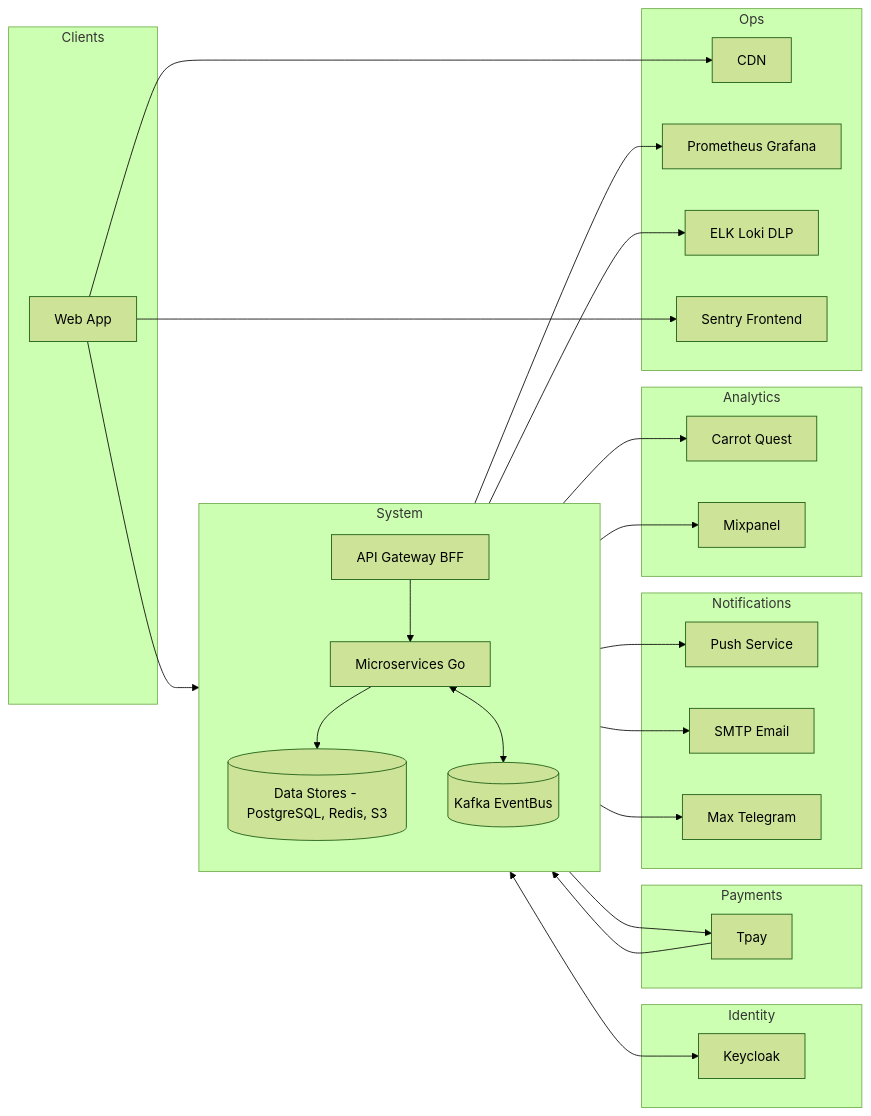
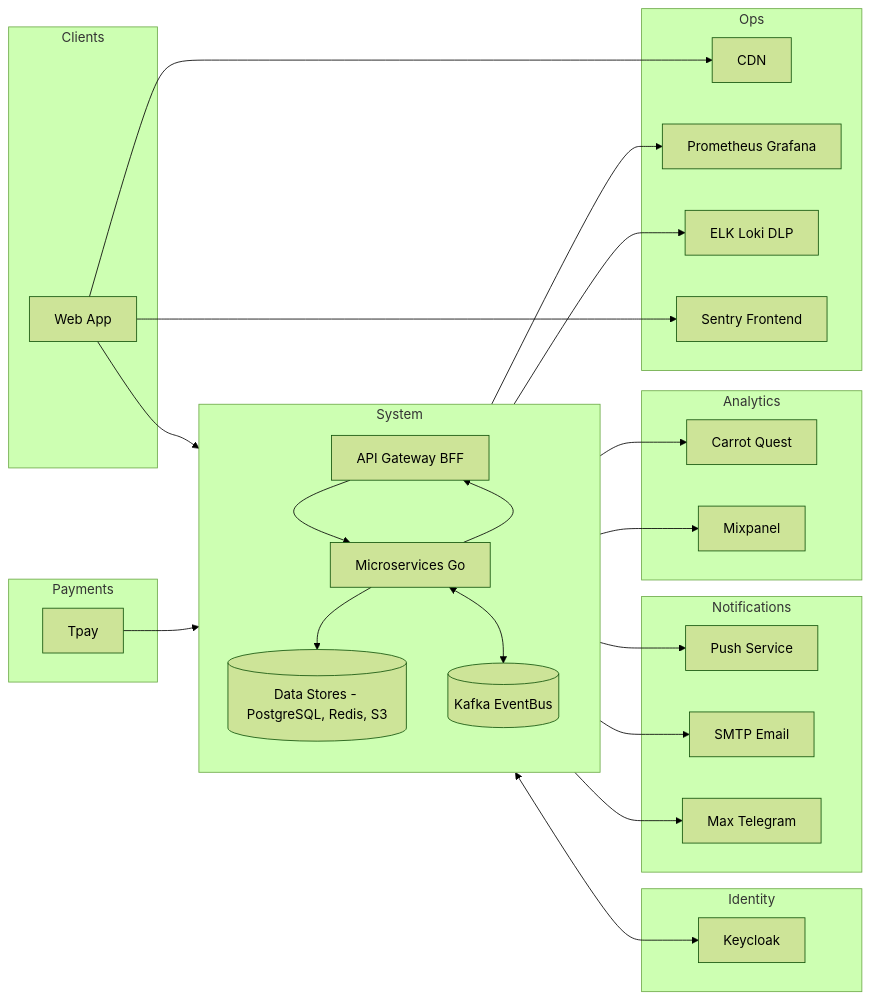
One commit to dvsnin/interactive-whiteboard-docs changed the diagram in Проектирование-ИС/03-Взаимосвязи-со-внешними-системами/README.md. Above: the diagram before and after it, drawn with Mermaid (forest theme).

Commit message:
[Проектирование-ИС] fix

````diff
--- a/Проектирование-ИС/03-Взаимосвязи-со-внешними-системами/README.md
+++ b/Проектирование-ИС/03-Взаимосвязи-со-внешними-системами/README.md
@@ -33,70 +33,71 @@
 ```mermaid
 flowchart LR
     %% Клиенты
     subgraph Clients[Clients]
         FE[Web App]
     end
 
     %% Слева: идентификация и платежи
     subgraph IdP[Identity]
         KC[Keycloak]
     end
 
     subgraph Pay[Payments]
         Tpay[Tpay]
     end
 
     %% Центр: система
     subgraph Core[System]
         direction TB
         Gateway[API Gateway BFF]
         Services[Microservices Go]
         Data[(Data Stores - PostgreSQL, Redis, S3)]
         Bus[(Kafka EventBus)]
     end
 
     %% Справа: уведомления, аналитика, ops
     subgraph Notify[Notifications]
         Push[Push Service]
         Mail[SMTP Email]
         Chats[Max Telegram]
     end
 
     subgraph Analytics[Analytics]
         Carrot[Carrot Quest]
         Mix[Mixpanel]
     end
 
     subgraph Ops[Ops]
         CDN[CDN]
         Mon[Prometheus Grafana]
         Logs[ELK Loki DLP]
         FEerr[Sentry Frontend]
     end
 
     %% Потоки
     FE --> Gateway
     Gateway <--> KC
     Gateway --> Services
 
-    Services --> Tpay
-    Tpay --> Services
+    %% Взаимодействие с Tpay через Gateway
+    Services --> Gateway
+    Tpay --> Gateway
 
     Services --> Data
     Services <--> Bus
 
     %% Уведомления и аналитика через EventBus
     Bus --> Push
     Bus --> Mail
     Bus --> Chats
     Bus --> Carrot
     Bus --> Mix
 
     %% CDN: клиент работает по presigned URL
     FE --> CDN
 
     %% Мониторинг и ошибки
     Services --> Mon
     Services --> Logs
     FE --> FEerr
 ```
````
